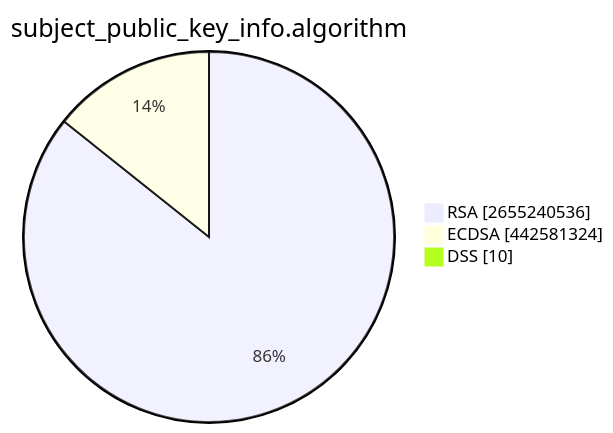
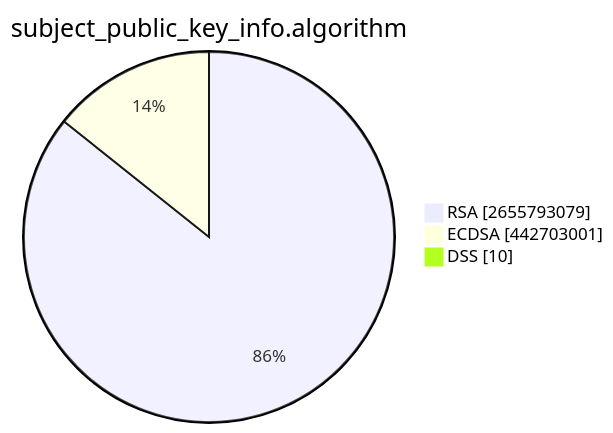
The second of 15 diagrams in TOTAL/README.md (christiankrug/ctmonitor_visualization), drawn with Mermaid before and after one commit. The commit also changed other lines of this file, not shown here.

````diff
--- a/TOTAL/README.md
+++ b/TOTAL/README.md
@@ -6,7 +6,7 @@
 ```mermaid
 pie showData
 title subject_public_key_info.algorithm
-"RSA" :2655240536
-"ECDSA" :442581324
+"RSA" :2655793079
+"ECDSA" :442703001
 "DSS" :10
 ```
````
